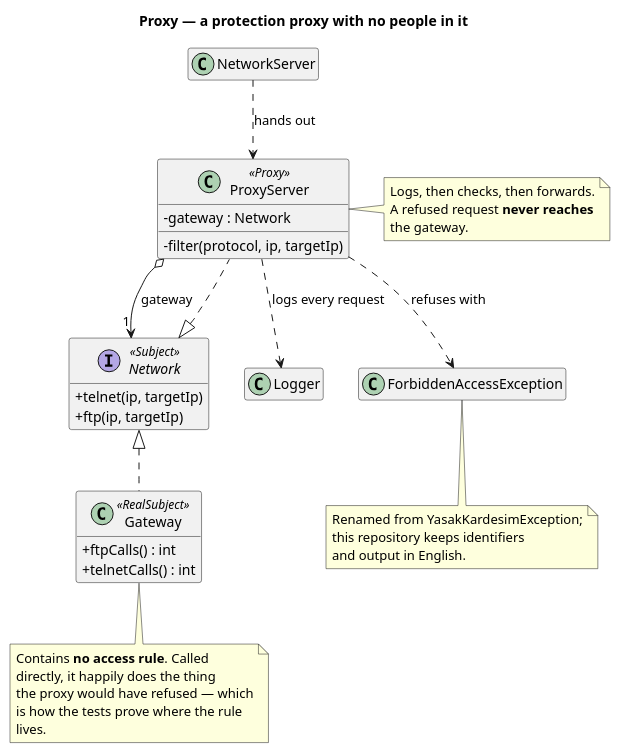
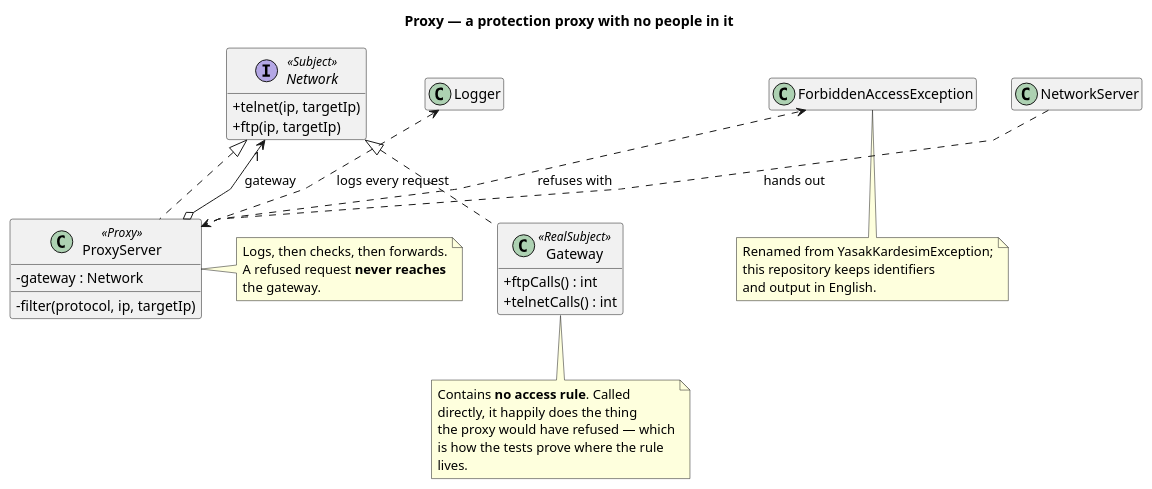
The diagram in src/main/java/dev/kaldiroglu/dp/structural/proxy/network/uml/Proxy - Network - Class Diagram.puml (kaldiroglu/DesignPatternsWithJava), drawn with PlantUML before and after one commit. The commit also changed 145 other files, not shown here.

Commit message:
Structural diagrams: each parent above and centered over its children, on one row, with straight lines; pm and pluggable adapter diagrams name the current methods and classes

```diff
--- a/src/main/java/dev/kaldiroglu/dp/structural/proxy/network/uml/Proxy - Network - Class Diagram.puml
+++ b/src/main/java/dev/kaldiroglu/dp/structural/proxy/network/uml/Proxy - Network - Class Diagram.puml
@@ -1,53 +1,54 @@
 @startuml "Proxy - Network - Class Diagram"
+skinparam linetype polyline
 skinparam classAttributeIconSize 0
 hide empty members
 title Proxy — a protection proxy with no people in it
 
 
 interface Network <<Subject>> {
   + telnet(ip, targetIp)
   + ftp(ip, targetIp)
 }
 
 class Gateway <<RealSubject>> {
   + ftpCalls() : int
   + telnetCalls() : int
 }
 
 class ProxyServer <<Proxy>> {
   - gateway : Network
   - filter(protocol, ip, targetIp)
 }
 
 class NetworkServer
 class Logger
 class ForbiddenAccessException
 
 Network <|.. Gateway
 Network <|.. ProxyServer
-ProxyServer o--> "1" Network : gateway
-ProxyServer ..> Logger : logs every request
-ProxyServer ..> ForbiddenAccessException : refuses with
-NetworkServer ..> ProxyServer : hands out
 
 note right of ProxyServer
   Logs, then checks, then forwards.
   A refused request <b>never reaches</b>
   the gateway.
 end note
 
 note bottom of Gateway
   Contains <b>no access rule</b>. Called
   directly, it happily does the thing
   the proxy would have refused — which
   is how the tests prove where the rule
   lives.
 end note
 
 note bottom of ForbiddenAccessException
   Renamed from YasakKardesimException;
   this repository keeps identifiers
   and output in English.
 end note
 
+ProxyServer o-[norank]-> "1" Network : gateway
+ProxyServer .[norank].> Logger : logs every request
+ProxyServer .[norank].> ForbiddenAccessException : refuses with
+NetworkServer .[norank].> ProxyServer : hands out
 @enduml
```
